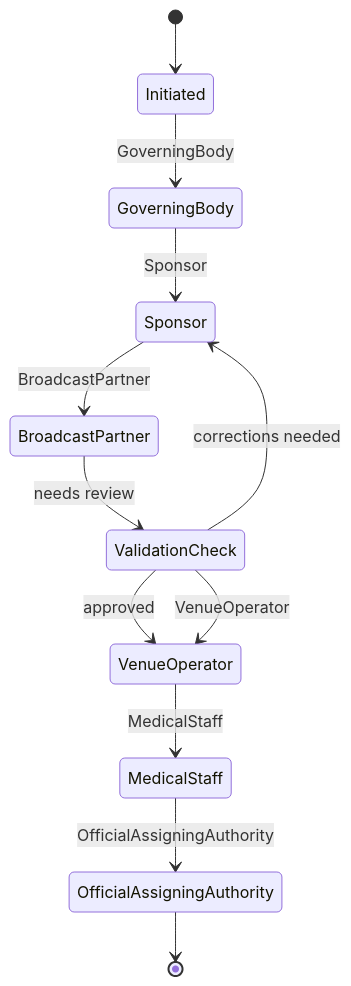
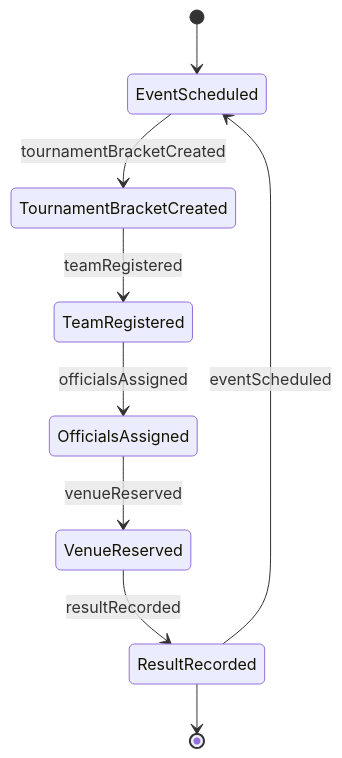
Before and after one commit to dot-org-ai/tasks.org.ai: the second of 4 diagrams in GuidingDirectingAndMotivatingSubordinates/CoordinateArtisticOrEntertainmentActivities/CoordinateAthleticSportingEventsActivities.mdx, drawn with Mermaid. The commit also changed other lines of this file and 515 other files, not shown here.

````diff
--- a/GuidingDirectingAndMotivatingSubordinates/CoordinateArtisticOrEntertainmentActivities/CoordinateAthleticSportingEventsActivities.mdx
+++ b/GuidingDirectingAndMotivatingSubordinates/CoordinateArtisticOrEntertainmentActivities/CoordinateAthleticSportingEventsActivities.mdx
@@ -107,14 +105,11 @@
 ```mermaid
 stateDiagram-v2
-    [*] --> Initiated
-    Initiated --> GoverningBody: GoverningBody
-    GoverningBody --> Sponsor: Sponsor
-    Sponsor --> BroadcastPartner: BroadcastPartner
-    BroadcastPartner --> ValidationCheck: needs review
-    ValidationCheck --> Sponsor: corrections needed
-    ValidationCheck --> VenueOperator: approved
-    ValidationCheck --> VenueOperator: VenueOperator
-    VenueOperator --> MedicalStaff: MedicalStaff
-    MedicalStaff --> OfficialAssigningAuthority: OfficialAssigningAuthority
-    OfficialAssigningAuthority --> [*]
+    [*] --> EventScheduled
+    EventScheduled --> TournamentBracketCreated : tournamentBracketCreated
+    TournamentBracketCreated --> TeamRegistered : teamRegistered
+    TeamRegistered --> OfficialsAssigned : officialsAssigned
+    OfficialsAssigned --> VenueReserved : venueReserved
+    VenueReserved --> ResultRecorded : resultRecorded
+    ResultRecorded --> EventScheduled : eventScheduled
+    ResultRecorded --> [*]
 ```
````
